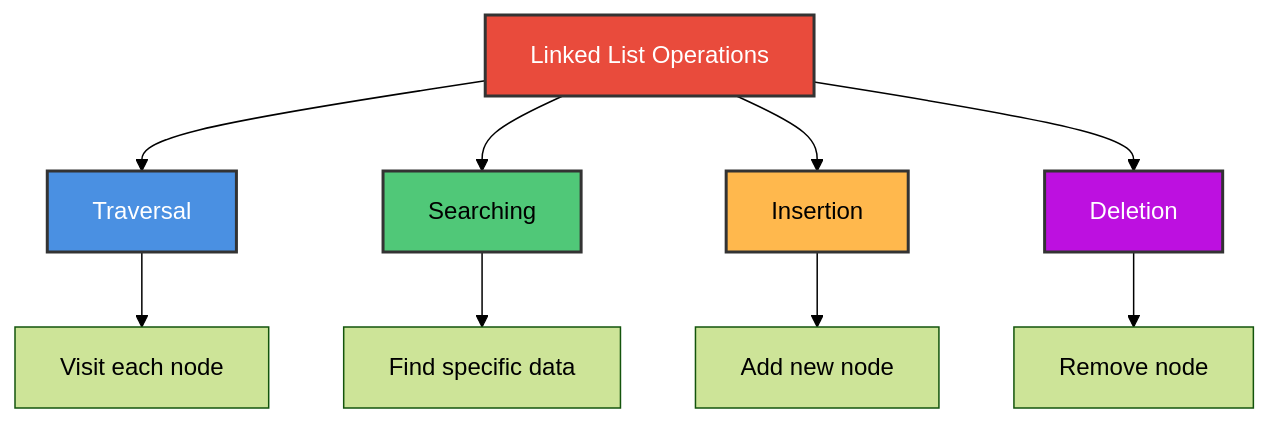
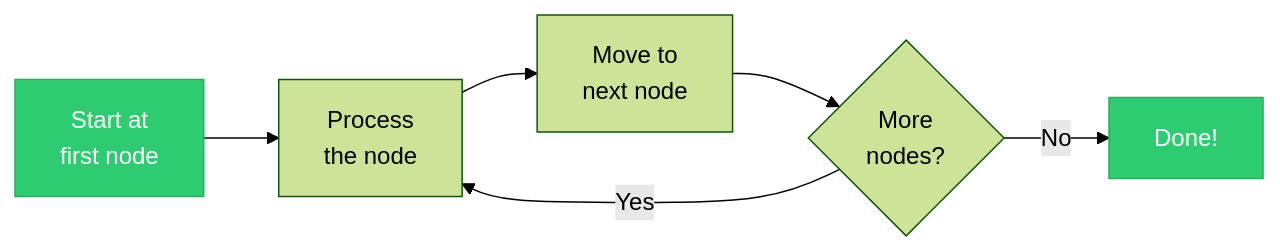
Before and after one commit to M-F-Tushar/CSE-2101-Data-Structure: the sixth of 27 diagrams in Chapter 5 - Linked Lists/README.md, drawn with Mermaid (forest theme). The commit also changed other lines of this file, not shown here.

````diff
--- a/Chapter 5 - Linked Lists/README.md
+++ b/Chapter 5 - Linked Lists/README.md
@@ -291,18 +207,11 @@
 ```mermaid
-graph TD
-    A["Linked List Operations"] --> B["Traversal"]
-    A --> C["Searching"]
-    A --> D["Insertion"]
-    A --> E["Deletion"]
+graph LR
+    A["Start at<br/>first node"] --> B["Process<br/>the node"]
+    B --> C["Move to<br/>next node"]
+    C --> D{"More<br/>nodes?"}
+    D -->|Yes| B
+    D -->|No| E["Done!"]
     
-    B --> B1["Visit each node"]
-    C --> C1["Find specific data"]
-    D --> D1["Add new node"]
-    E --> E1["Remove node"]
-    
-    style A fill:#E94B3C,stroke:#333,stroke-width:2px,color:#fff
-    style B fill:#4A90E2,stroke:#333,stroke-width:2px,color:#fff
-    style C fill:#50C878,stroke:#333,stroke-width:2px,color:#000
-    style D fill:#FFB84D,stroke:#333,stroke-width:2px,color:#000
-    style E fill:#BD10E0,stroke:#333,stroke-width:2px,color:#fff
+    style A fill:#2ecc71,stroke:#27ae60,color:#fff
+    style E fill:#2ecc71,stroke:#27ae60,color:#fff
 ```
````
